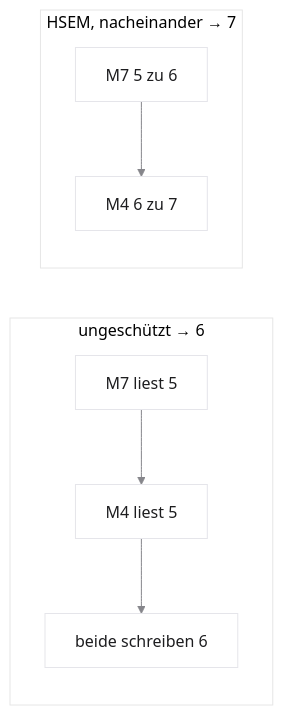
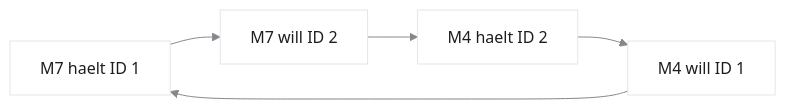
Before and after one commit to dantschi/echtzeitsysteme: the seventh of 13 diagrams in vorlesungen/08_multicore-synchronisation-safety.qmd, drawn with Mermaid. The commit also changed other lines of this file, not shown here.

````diff
--- a/vorlesungen/08_multicore-synchronisation-safety.qmd
+++ b/vorlesungen/08_multicore-synchronisation-safety.qmd
@@ -92,12 +424,9 @@
 ```{mermaid}
-%%| fig-width: 6.4
+%%| fig-width: 7.2
 %%{init: {'theme': 'base', 'themeVariables': {'background': '#FFFFFF', 'primaryColor': '#FFFFFF', 'primaryBorderColor': '#E5E5EA', 'primaryTextColor': '#1D1D1F', 'lineColor': '#86868B'}}}%%
 flowchart LR
-  subgraph ung["ungeschützt → 6"]
-    A1[M7 liest 5] --> A2[M4 liest 5]
-    A2 --> A3[beide schreiben 6]
-  end
-  subgraph ok["HSEM, nacheinander → 7"]
-    B1[M7 5 zu 6] --> B2[M4 6 zu 7]
-  end
+  M7["M7 haelt ID 1"] --> W2["M7 will ID 2"]
+  M4["M4 haelt ID 2"] --> W1["M4 will ID 1"]
+  W2 --> M4
+  W1 --> M7
 ```
````
